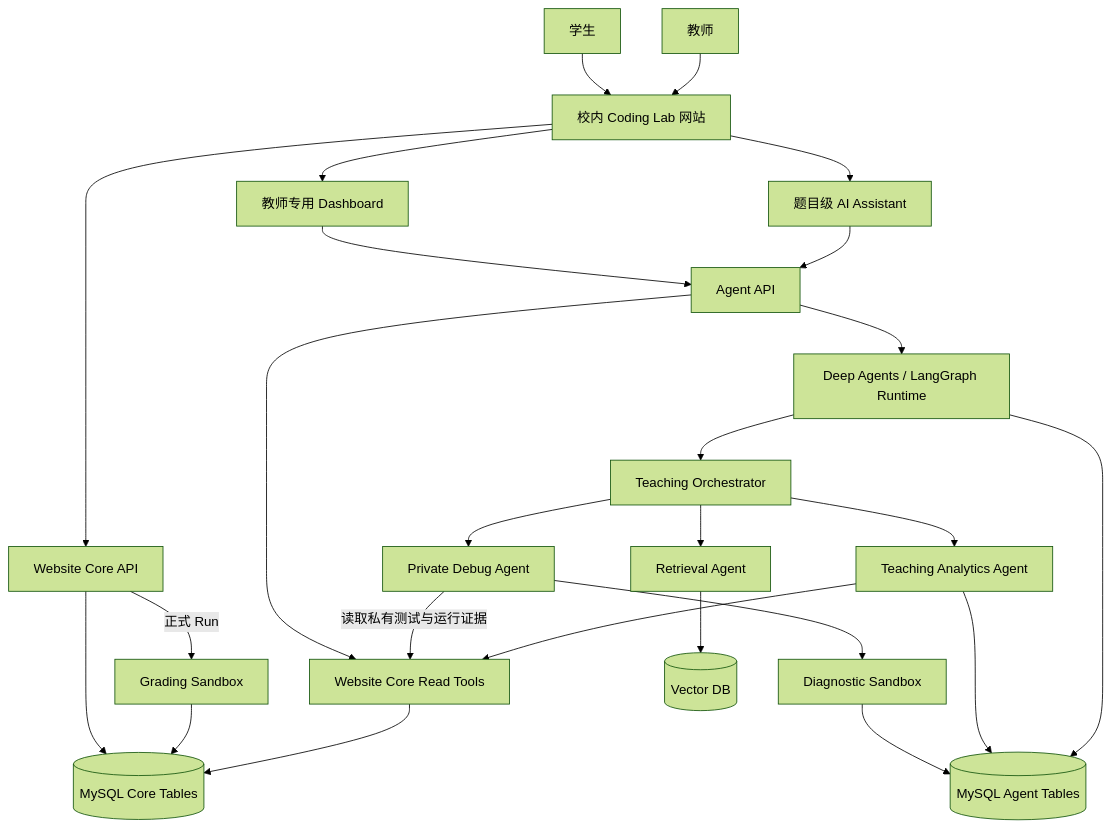
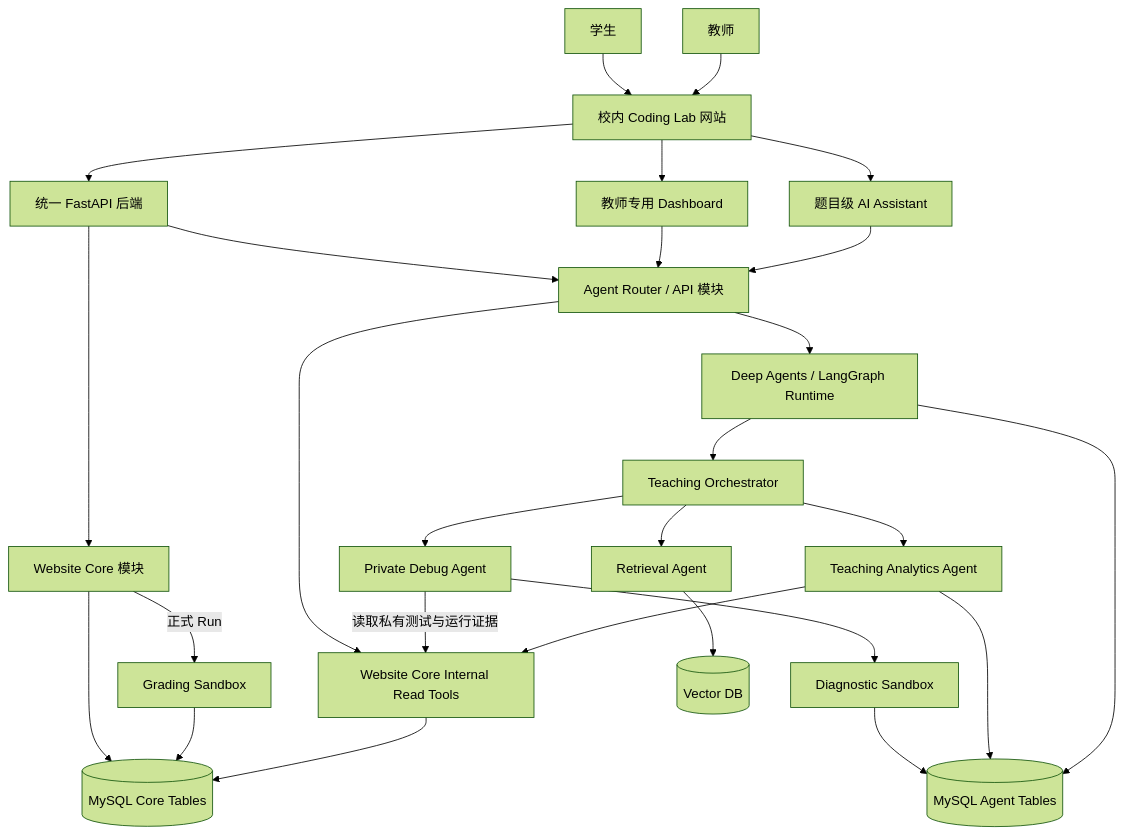
The first of 9 diagrams in docs/superpowers/specs/2026-09-13-ai-coding-assistant-architecture-design-zh.md (roey-cheng/AI-teaching-agent), drawn with Mermaid (forest theme) before and after one commit. The commit also changed other lines of this file, not shown here.

Commit message:
docs: clarify modular monolith architecture

````diff
--- a/docs/superpowers/specs/2026-09-13-ai-coding-assistant-architecture-design-zh.md
+++ b/docs/superpowers/specs/2026-09-13-ai-coding-assistant-architecture-design-zh.md
@@ -40,36 +42,39 @@
 ```mermaid
 flowchart TD
     Student[学生]
     Teacher[教师]
 
     Student --> Website[校内 Coding Lab 网站]
     Teacher --> Website
 
-    Website --> Core[Website Core API]
+    Website --> Backend[统一 FastAPI 后端]
     Website --> Assistant[题目级 AI Assistant]
     Website --> Dashboard[教师专用 Dashboard]
-    Dashboard --> AgentAPI[Agent API]
-    Assistant --> AgentAPI
+
+    Backend --> Core[Website Core 模块]
+    Backend --> AgentRouter[Agent Router / API 模块]
+    Dashboard --> AgentRouter
+    Assistant --> AgentRouter
 
     Core -->|正式 Run| GradingSandbox[Grading Sandbox]
     Core --> CoreTables[(MySQL Core Tables)]
     GradingSandbox --> CoreTables
 
-    AgentAPI --> Runtime[Deep Agents / LangGraph Runtime]
-    AgentAPI --> ReadTools[Website Core Read Tools]
+    AgentRouter --> Runtime[Deep Agents / LangGraph Runtime]
+    AgentRouter --> ReadTools[Website Core Internal Read Tools]
     ReadTools --> CoreTables
 
     Runtime --> Orchestrator[Teaching Orchestrator]
     Orchestrator --> Debug[Private Debug Agent]
     Orchestrator --> Retrieval[Retrieval Agent]
     Orchestrator --> Analytics[Teaching Analytics Agent]
 
     Debug -->|读取私有测试与运行证据| ReadTools
     Debug --> DiagnosticSandbox[Diagnostic Sandbox]
     DiagnosticSandbox --> AgentTables[(MySQL Agent Tables)]
 
     Retrieval --> VectorDB[(Vector DB)]
     Analytics --> ReadTools
     Analytics --> AgentTables
     Runtime --> AgentTables
 ```
````
